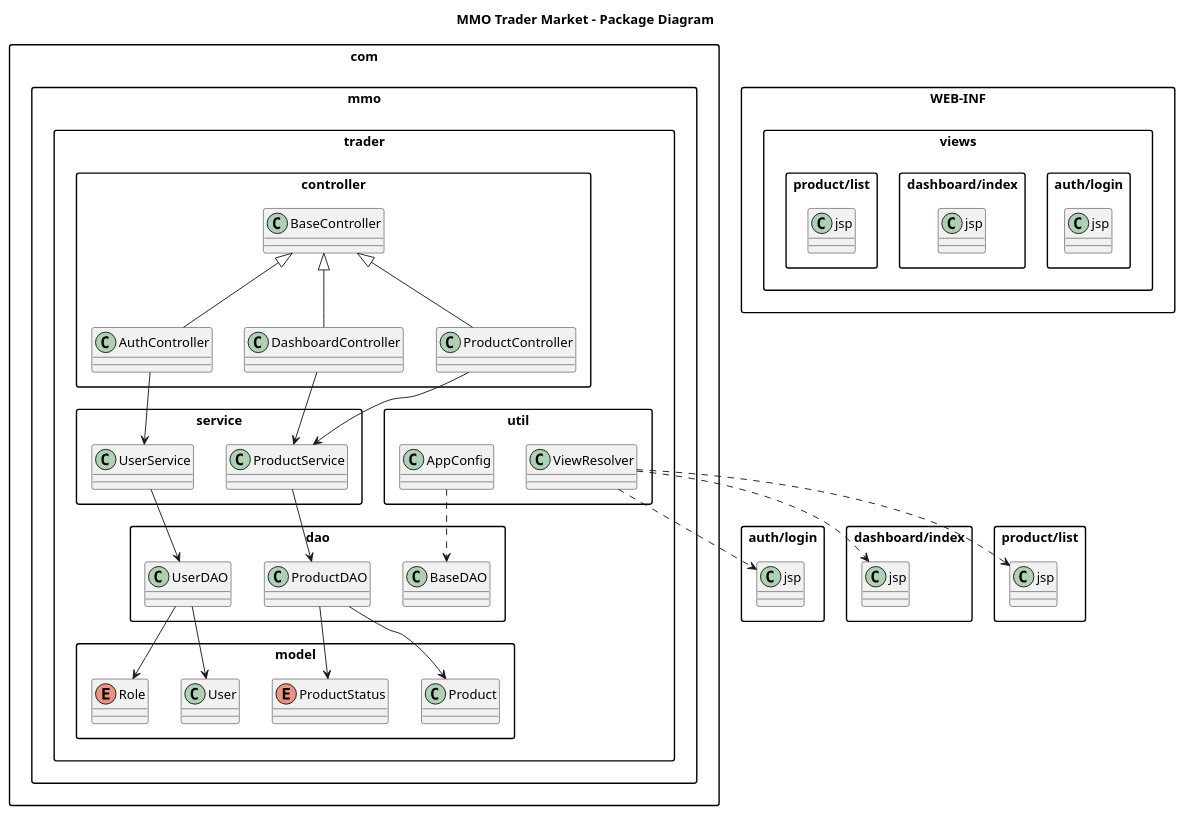
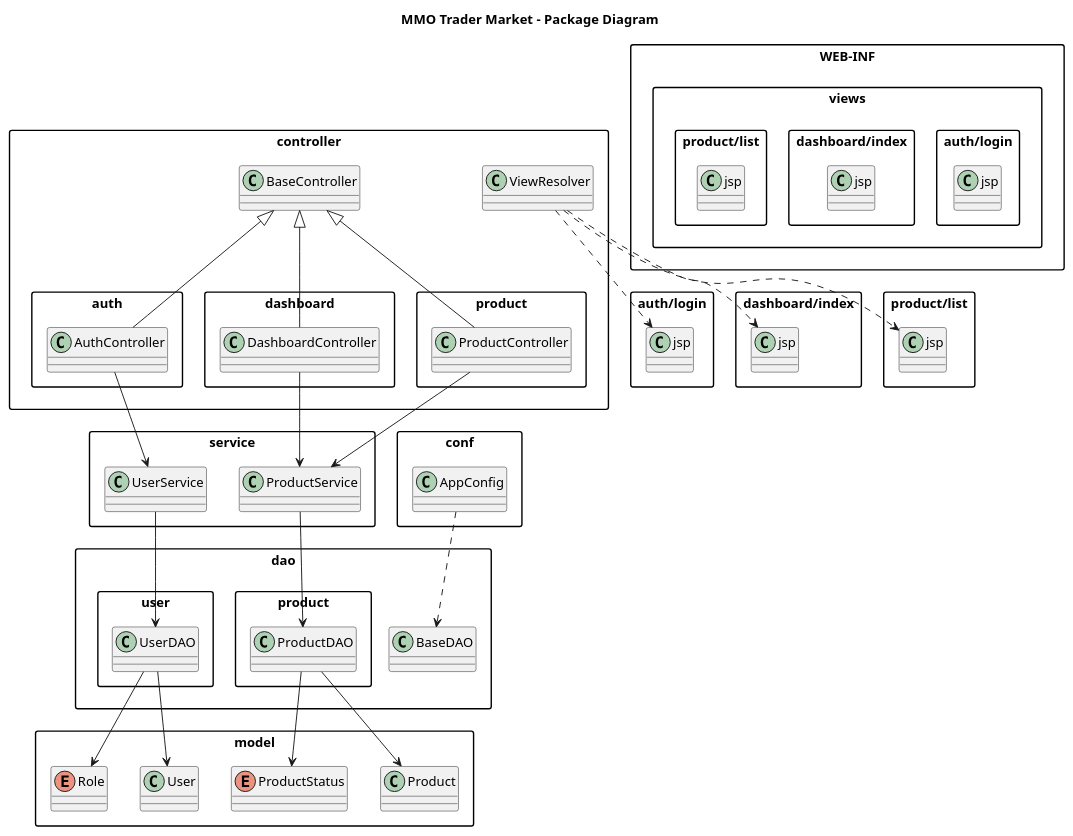
Before and after one commit to duclongg9/SWP391_MMO_Project: the diagram in docs/diagrams/package-diagram.puml, drawn with PlantUML. The commit also changed 16 other files, not shown here.

```diff
--- a/docs/diagrams/package-diagram.puml
+++ b/docs/diagrams/package-diagram.puml
@@ -1,64 +1,79 @@
 @startuml
 skinparam packageStyle rectangle
 skinparam defaultTextAlignment center
 
 title MMO Trader Market - Package Diagram
 
-package "com.mmo.trader.controller" {
+package "controller" {
   class BaseController
-  class AuthController
-  class DashboardController
-  class ProductController
+  class ViewResolver
+
+  package "auth" {
+    class AuthController
+  }
+
+  package "dashboard" {
+    class DashboardController
+  }
+
+  package "product" {
+    class ProductController
+  }
 }
 
-package "com.mmo.trader.service" {
+package "service" {
   class UserService
   class ProductService
 }
 
-package "com.mmo.trader.dao" {
+package "dao" {
   class BaseDAO
-  class UserDAO
-  class ProductDAO
+
+  package "user" {
+    class UserDAO
+  }
+
+  package "product" {
+    class ProductDAO
+  }
 }
 
-package "com.mmo.trader.model" {
+package "model" {
   class User
   class Product
   enum Role
   enum ProductStatus
 }
 
-package "com.mmo.trader.util" {
+package "conf" {
   class AppConfig
-  class ViewResolver
 }
 
 package "WEB-INF.views" {
   class "auth/login.jsp"
   class "dashboard/index.jsp"
   class "product/list.jsp"
 }
 
 BaseController <|-- AuthController
 BaseController <|-- DashboardController
 BaseController <|-- ProductController
 
 AuthController --> UserService
 DashboardController --> ProductService
 ProductController --> ProductService
 
 UserService --> UserDAO
 ProductService --> ProductDAO
 
 UserDAO --> User
 UserDAO --> Role
 ProductDAO --> Product
 ProductDAO --> ProductStatus
 
 ViewResolver ..> "auth/login.jsp"
 ViewResolver ..> "dashboard/index.jsp"
 ViewResolver ..> "product/list.jsp"
 
 AppConfig ..> BaseDAO
 @enduml
```
